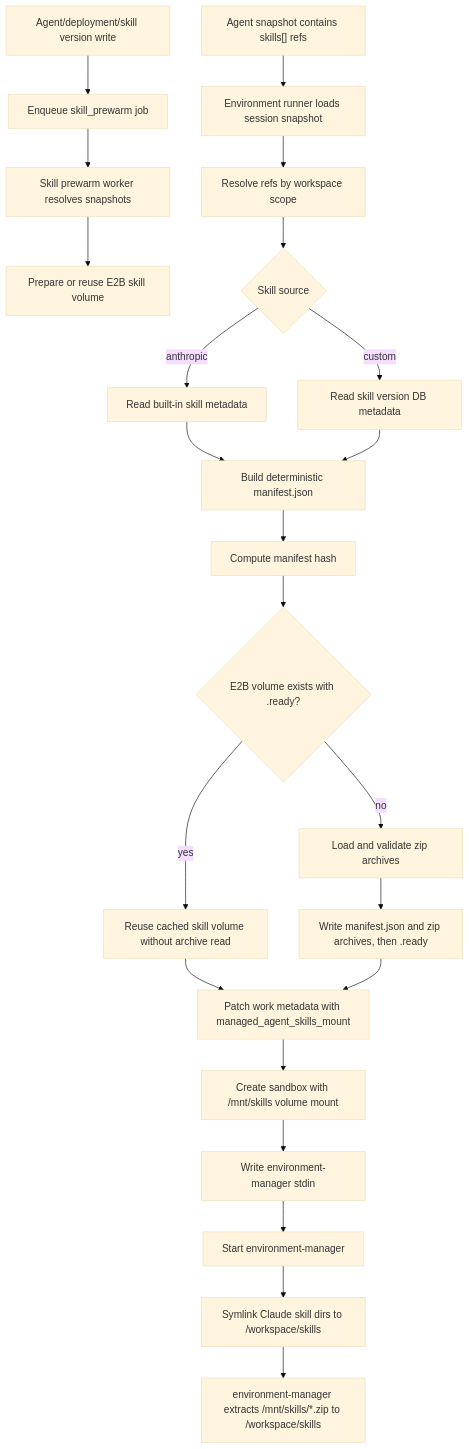
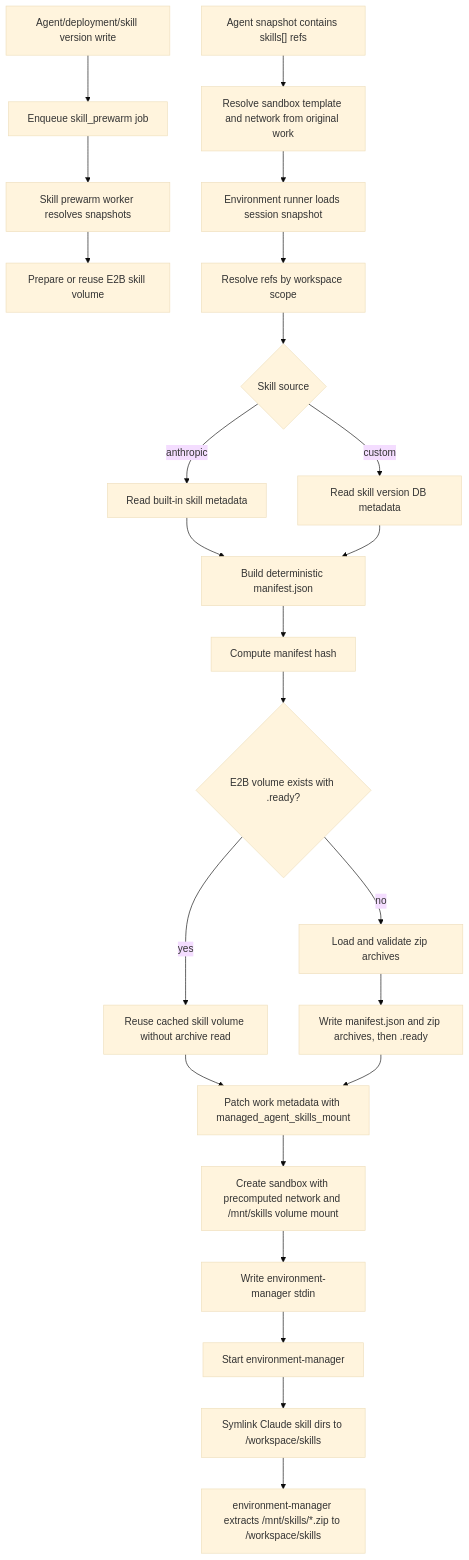
One commit to superduck-ai/open-managed-agents changed the diagram in docs/design/be/managed-agent-skills-runtime.md. Above: the diagram before and after it, drawn with Mermaid (base theme). The commit also changed other lines of this file and 11 other files, not shown here.

````diff
--- a/docs/design/be/managed-agent-skills-runtime.md
+++ b/docs/design/be/managed-agent-skills-runtime.md
@@ -40,25 +41,26 @@
 ```mermaid
 flowchart TD
   Z["Agent/deployment/skill version write"] --> ZA["Enqueue skill_prewarm job"]
   ZA --> ZB["Skill prewarm worker resolves snapshots"]
   ZB --> ZC["Prepare or reuse E2B skill volume"]
-  A["Agent snapshot contains skills[] refs"] --> B["Environment runner loads session snapshot"]
+  A["Agent snapshot contains skills[] refs"] --> AA["Resolve sandbox template and network from original work"]
+  AA --> B["Environment runner loads session snapshot"]
   B --> C["Resolve refs by workspace scope"]
   C --> D{"Skill source"}
   D -->|"anthropic"| E["Read built-in skill metadata"]
   D -->|"custom"| F["Read skill version DB metadata"]
   E --> H["Build deterministic manifest.json"]
   F --> H
   H --> I["Compute manifest hash"]
   I --> J{"E2B volume exists with .ready?"}
   J -->|"yes"| K["Reuse cached skill volume without archive read"]
   J -->|"no"| L["Load and validate zip archives"]
   L --> LA["Write manifest.json and zip archives, then .ready"]
   K --> M["Patch work metadata with managed_agent_skills_mount"]
   LA --> M
-  M --> N["Create sandbox with /mnt/skills volume mount"]
+  M --> N["Create sandbox with precomputed network and /mnt/skills volume mount"]
   N --> O["Write environment-manager stdin"]
   O --> P["Start environment-manager"]
   P --> Q["Symlink Claude skill dirs to /workspace/skills"]
   Q --> R["environment-manager extracts /mnt/skills/*.zip to /workspace/skills"]
 ```
````
